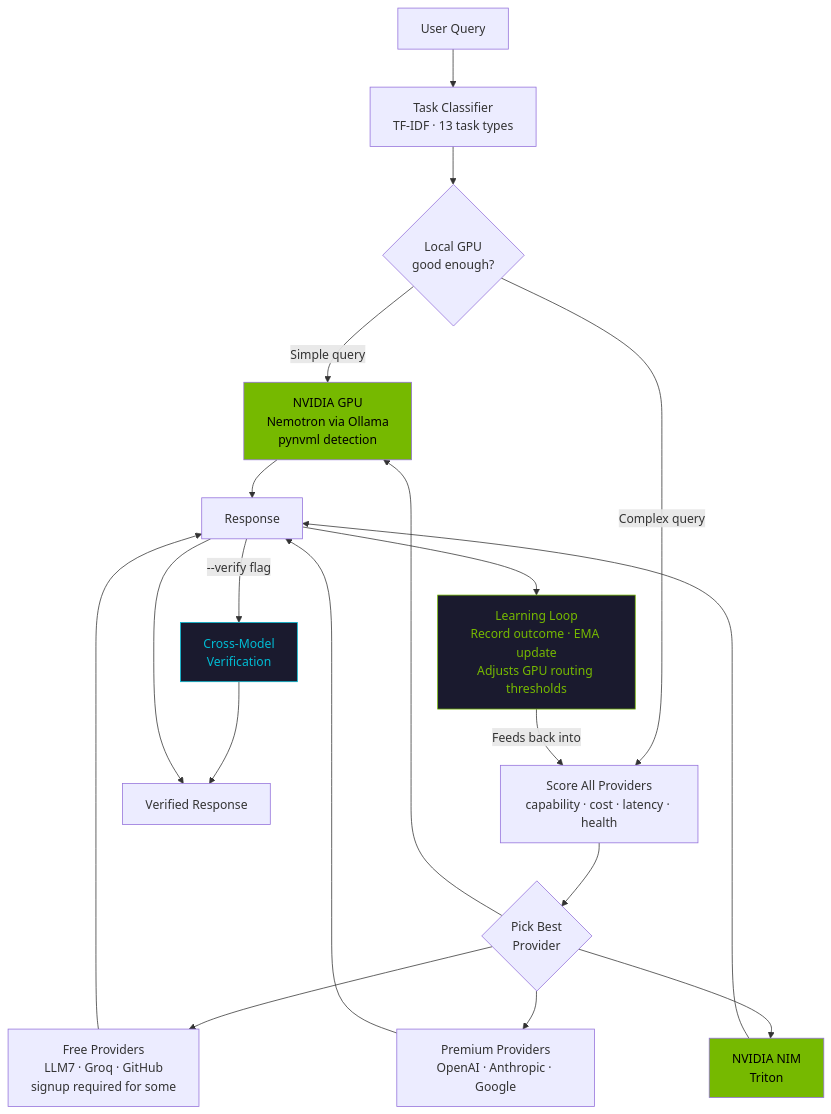
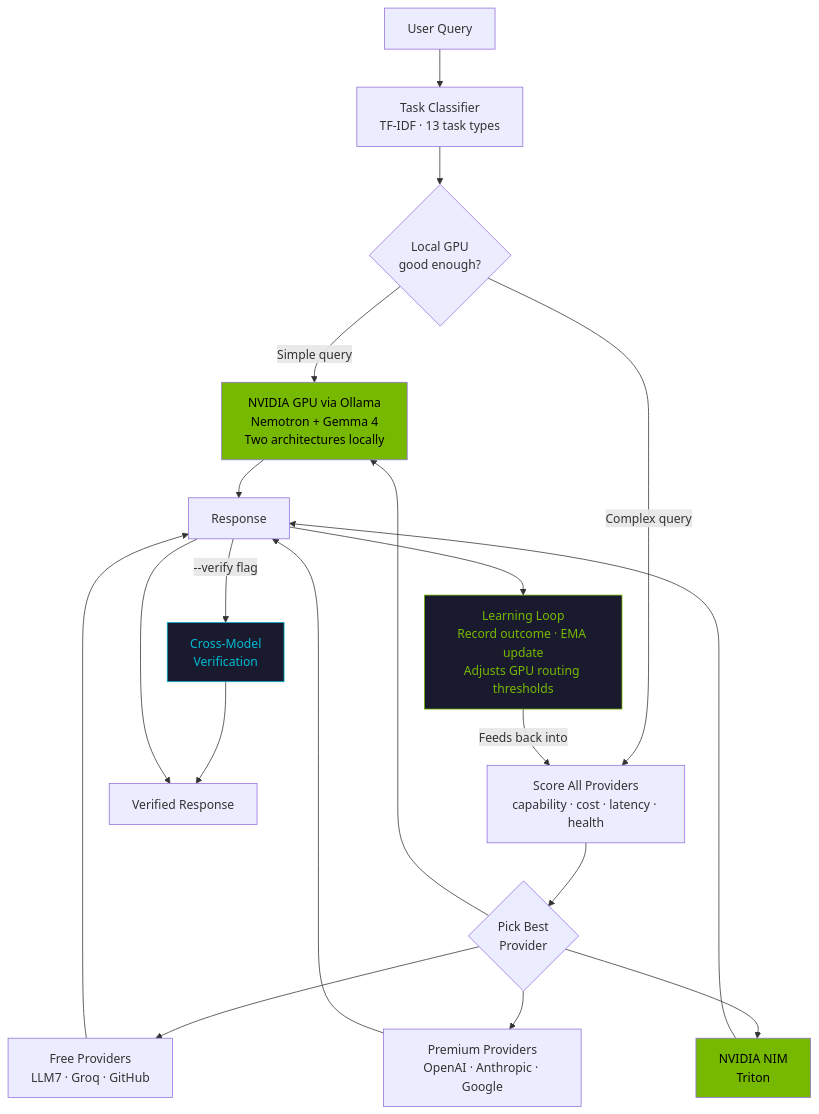
Before and after one commit to thatcooperguy/nvHive: the first of 5 diagrams in README.md, drawn with Mermaid. The commit also changed other lines of this file and 1 other file, not shown here.

First line of the commit message:
Update README and GIF for Gemma 4 + local council story

````diff
--- a/README.md
+++ b/README.md
@@ -74,32 +74,32 @@
 ```mermaid
 flowchart TB
     USER[User Query] --> CLASSIFY[Task Classifier<br/>TF-IDF · 13 task types]
     CLASSIFY --> LOCALCHECK{Local GPU<br/>good enough?}
     
-    LOCALCHECK -->|Simple query| GPU[NVIDIA GPU<br/>Nemotron via Ollama<br/>pynvml detection]
+    LOCALCHECK -->|Simple query| GPU[NVIDIA GPU via Ollama<br/>Nemotron + Gemma 4<br/>Two architectures locally]
     LOCALCHECK -->|Complex query| SCORE[Score All Providers<br/>capability · cost · latency · health]
     
     SCORE --> ROUTE{Pick Best<br/>Provider}
     
-    ROUTE --> FREE[Free Providers<br/>LLM7 · Groq · GitHub<br/>signup required for some]
+    ROUTE --> FREE[Free Providers<br/>LLM7 · Groq · GitHub]
     ROUTE --> PAID[Premium Providers<br/>OpenAI · Anthropic · Google]
     ROUTE --> NIM[NVIDIA NIM<br/>Triton]
     ROUTE --> GPU
     
     FREE --> RESPONSE[Response]
     PAID --> RESPONSE
     NIM --> RESPONSE
     GPU --> RESPONSE
     
     RESPONSE --> LEARN[Learning Loop<br/>Record outcome · EMA update<br/>Adjusts GPU routing thresholds]
     LEARN -->|Feeds back into| SCORE
     
     RESPONSE -->|--verify flag| VERIFY[Cross-Model<br/>Verification]
     VERIFY --> FINAL[Verified Response]
     RESPONSE --> FINAL
     
     style GPU fill:#76B900,color:#000
     style NIM fill:#76B900,color:#000
     style LEARN fill:#1a1a2e,color:#76B900,stroke:#76B900
     style VERIFY fill:#1a1a2e,color:#00bcd4,stroke:#00bcd4
 ```
````
